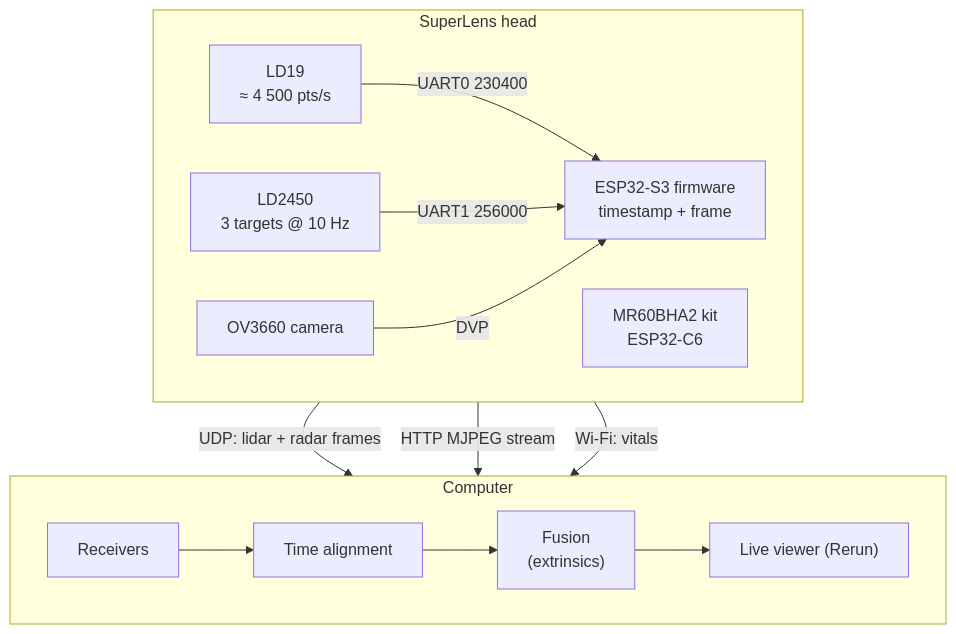
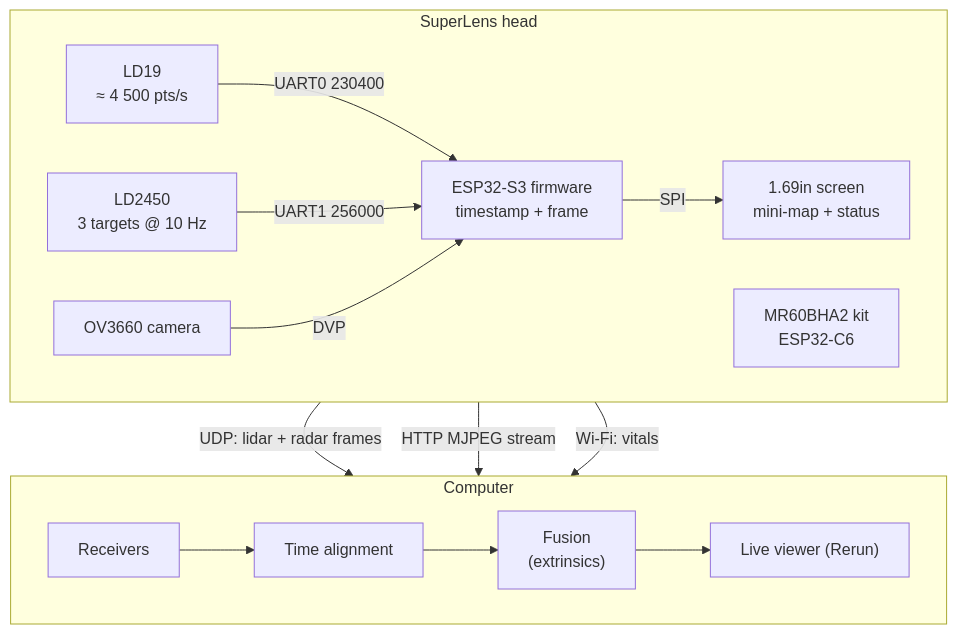
Before and after one commit to SebastienTr/Marvin: the diagram in docs/architecture.md, drawn with Mermaid. The commit also changed other lines of this file and 19 other files, not shown here.

````diff
--- a/docs/architecture.md
+++ b/docs/architecture.md
@@ -7,18 +7,19 @@
 ```mermaid
 flowchart TB
   subgraph Device["SuperLens head"]
     direction LR
     LD19["LD19<br/>≈ 4 500 pts/s"] -->|UART0 230400| FW
     LD2450["LD2450<br/>3 targets @ 10 Hz"] -->|UART1 256000| FW
     CAM["OV3660 camera"] -->|DVP| FW
     FW["ESP32-S3 firmware<br/>timestamp + frame"]
+    FW -->|"SPI"| LCD["1.69in screen<br/>mini-map + status"]
     MR60["MR60BHA2 kit<br/>ESP32-C6"]
   end
   FW -->|"UDP: lidar + radar frames"| HOST
   FW -->|"HTTP MJPEG stream"| HOST
   MR60 -->|"Wi-Fi: vitals"| HOST
   subgraph HOST["Computer"]
     direction LR
     RX["Receivers"] --> SYNC["Time alignment"] --> FUSE["Fusion<br/>(extrinsics)"] --> VIEW["Live viewer (Rerun)"]
   end
 ```
````
